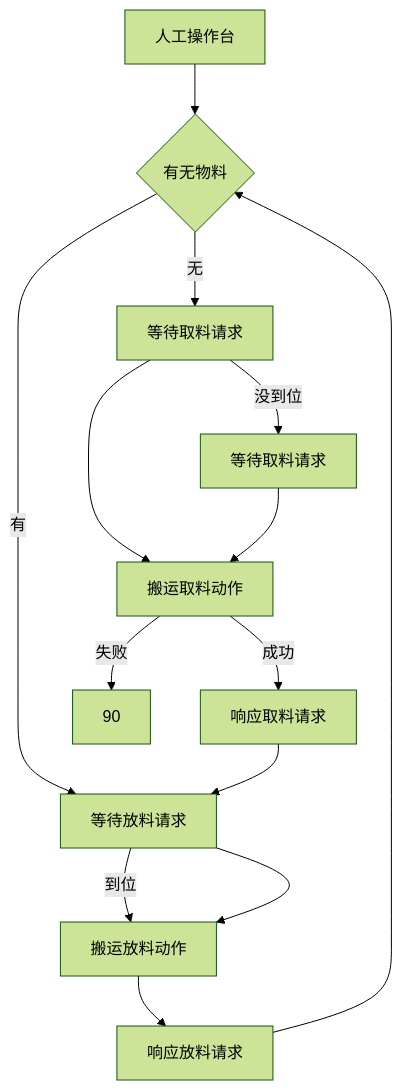
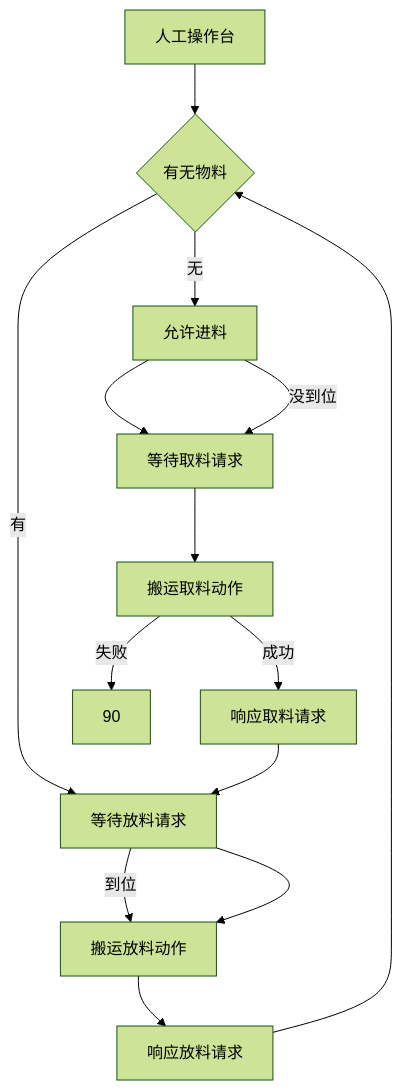
Before and after one commit to PengKun1/iodraw-files: the diagram in all/未命名-4.md, drawn with Mermaid (forest theme).

Commit message:
2024-12-20 14:45:04 update

````diff
--- a/all/未命名-4.md
+++ b/all/未命名-4.md
@@ -1,16 +1,17 @@
 ```mermaid
 graph TD
 0[人工操作台]-->10
 10{有无物料}-->|无|20
 10-->|有|60
-20[等待取料请求]-->40
+20[允许进料]-->30
+
 60{是否到位}-->|到位|70
 20-->|没到位|30
 30[等待取料请求]-->40
 40[搬运取料动作]-->|成功|50
 40-->|失败|90
 50[响应取料请求]-->60
 60[等待放料请求]-->70
 70[搬运放料动作]-->80
 80[响应放料请求]-->10
 ```
````
